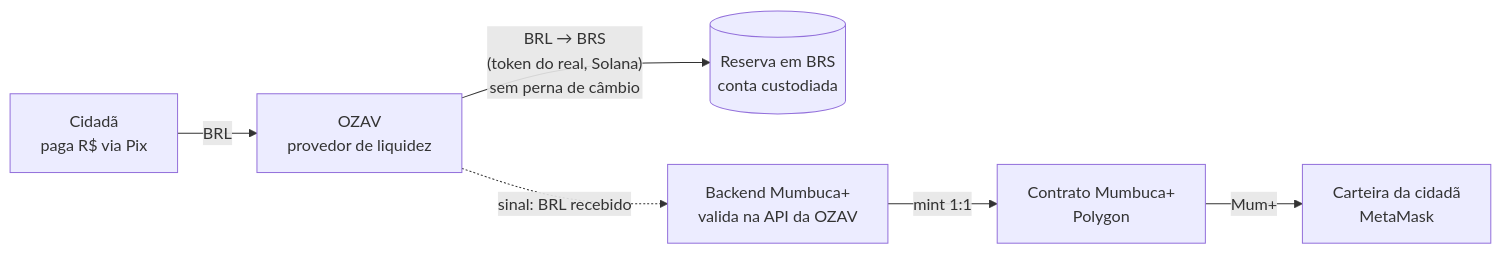
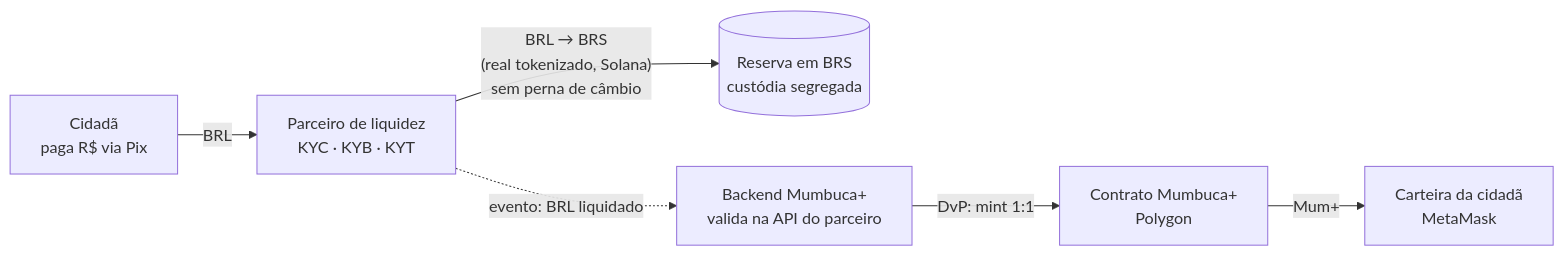
Before and after one commit to Peragus01/Mumbuca-plus: the first of 4 diagrams in README.md, drawn with Mermaid. The commit also changed other lines of this file and 1 other file, not shown here.

````diff
--- a/README.md
+++ b/README.md
@@ -54,8 +58,8 @@
 ```mermaid
 flowchart LR
-    A["Cidadã<br/>paga R$ via Pix"] -->|BRL| B["OZAV<br/>provedor de liquidez"]
-    B -->|"BRL → BRS<br/>(token do real, Solana)<br/>sem perna de câmbio"| C[("Reserva em BRS<br/>conta custodiada")]
-    B -.->|"sinal: BRL recebido"| D["Backend Mumbuca+<br/>valida na API da OZAV"]
-    D -->|"mint 1:1"| E["Contrato Mumbuca+<br/>Polygon"]
+    A["Cidadã<br/>paga R$ via Pix"] -->|BRL| B["Parceiro de liquidez<br/>KYC · KYB · KYT"]
+    B -->|"BRL → BRS<br/>(real tokenizado, Solana)<br/>sem perna de câmbio"| C[("Reserva em BRS<br/>custódia segregada")]
+    B -.->|"evento: BRL liquidado"| D["Backend Mumbuca+<br/>valida na API do parceiro"]
+    D -->|"DvP: mint 1:1"| E["Contrato Mumbuca+<br/>Polygon"]
     E -->|"Mum+"| F["Carteira da cidadã<br/>MetaMask"]
 ```
````
